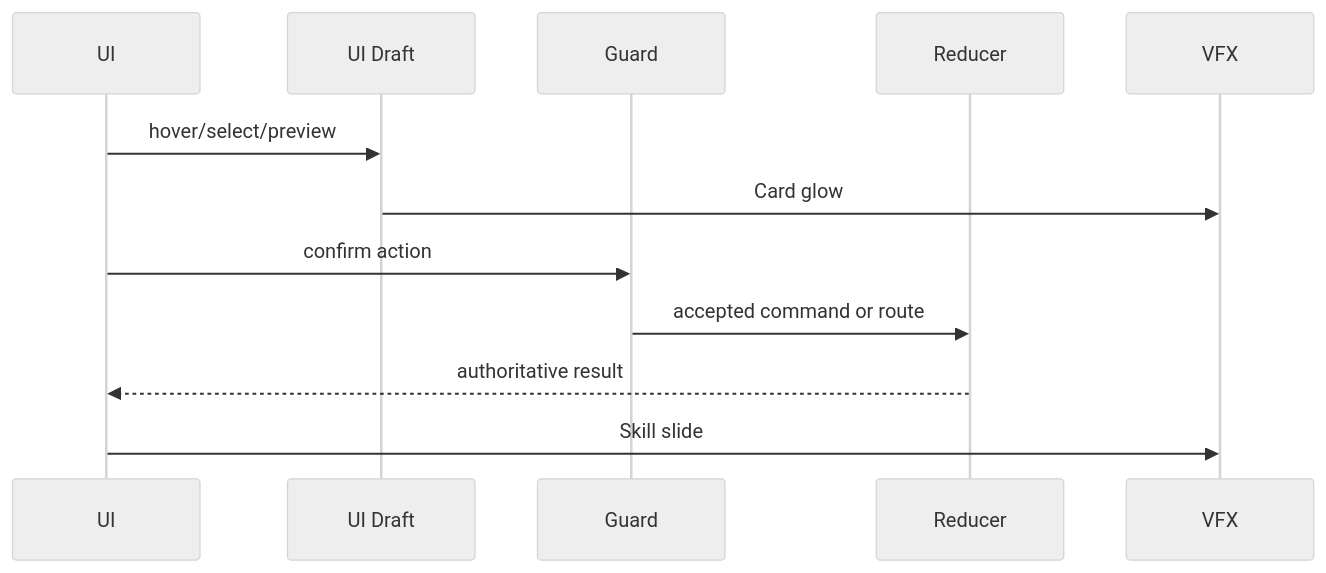
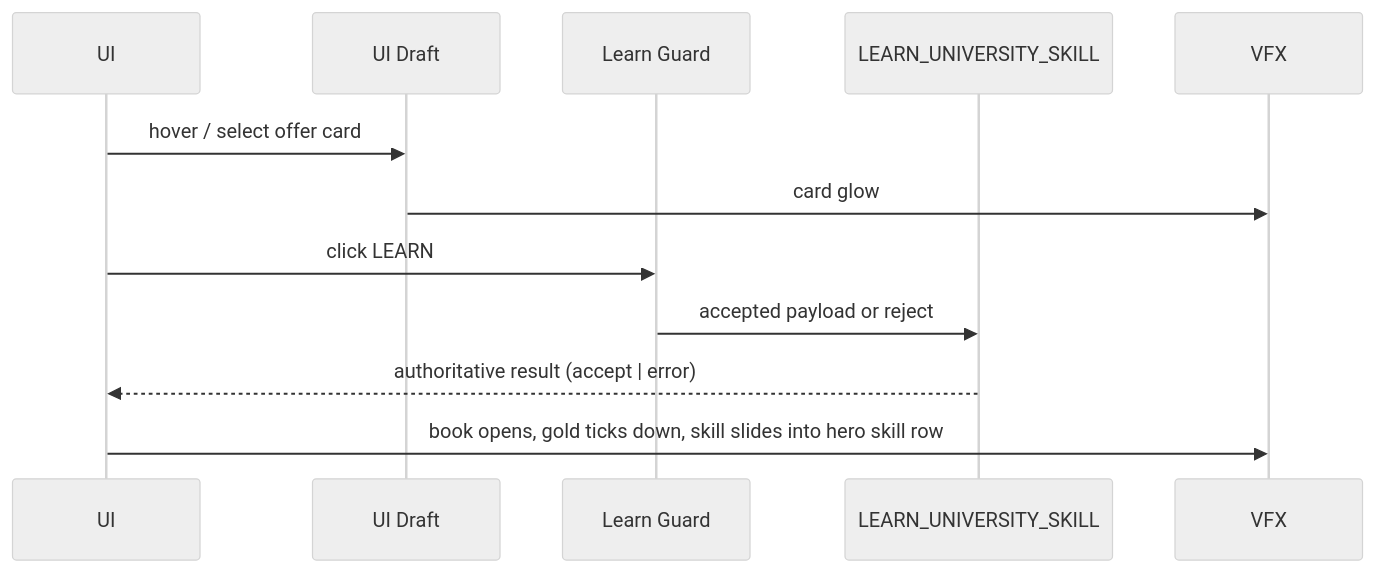
The fourth of 5 diagrams in docs/architecture/wiki/screens/53-university/architecture.md (SunaNoOshiro/Heroes_Reforged_AI_Realms), drawn with Mermaid (neutral theme) before and after one commit. The commit also changed other lines of this file and 518 other files, not shown here.

First line of the commit message:
Add doc-audit skill and sweep architecture/screen docs

````diff
--- a/docs/architecture/wiki/screens/53-university/architecture.md
+++ b/docs/architecture/wiki/screens/53-university/architecture.md
@@ -52,14 +63,14 @@
 ```mermaid
 sequenceDiagram
   participant UI
   participant Draft as UI Draft
-  participant Guard
-  participant Reducer
+  participant Guard as Learn Guard
+  participant Reducer as LEARN_UNIVERSITY_SKILL
   participant VFX
-  UI->>Draft: hover/select/preview
-  Draft->>VFX: Card glow
-  UI->>Guard: confirm action
-  Guard->>Reducer: accepted command or route
-  Reducer-->>UI: authoritative result
-  UI->>VFX: Skill slide
+  UI->>Draft: hover / select offer card
+  Draft->>VFX: card glow
+  UI->>Guard: click LEARN
+  Guard->>Reducer: accepted payload or reject
+  Reducer-->>UI: authoritative result (accept | error)
+  UI->>VFX: book opens, gold ticks down, skill slides into hero skill row
 ```
````
